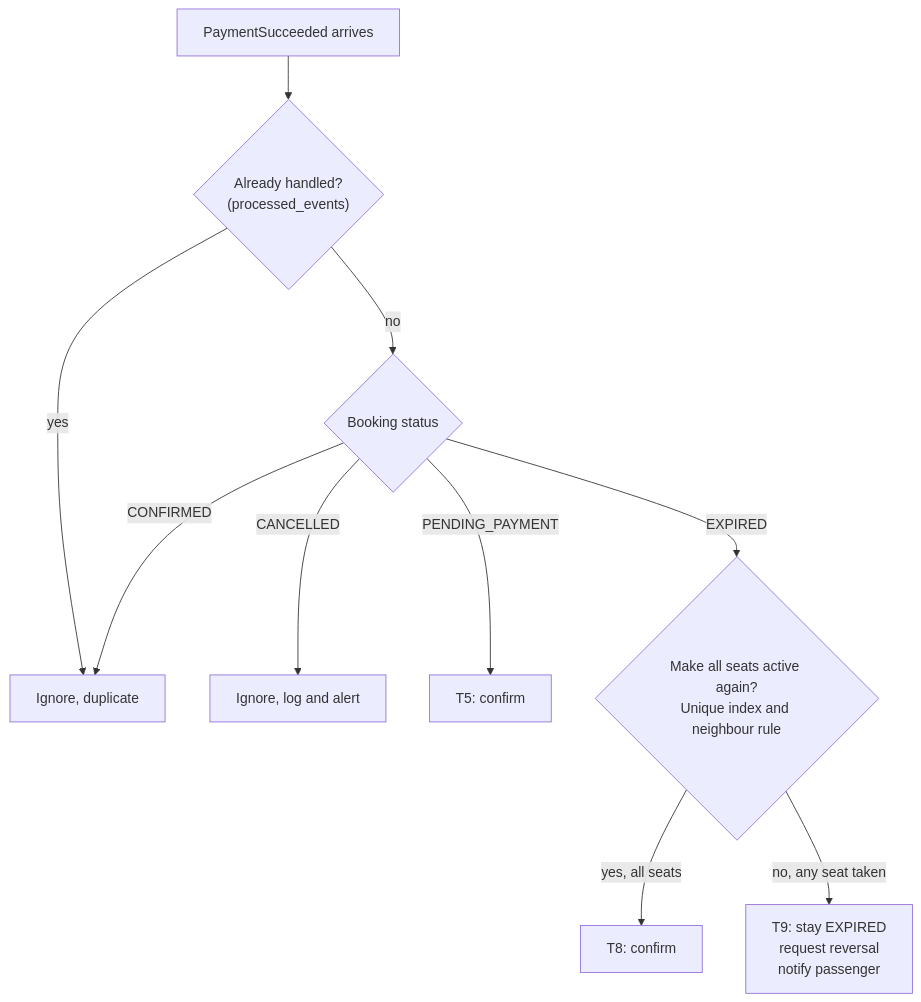
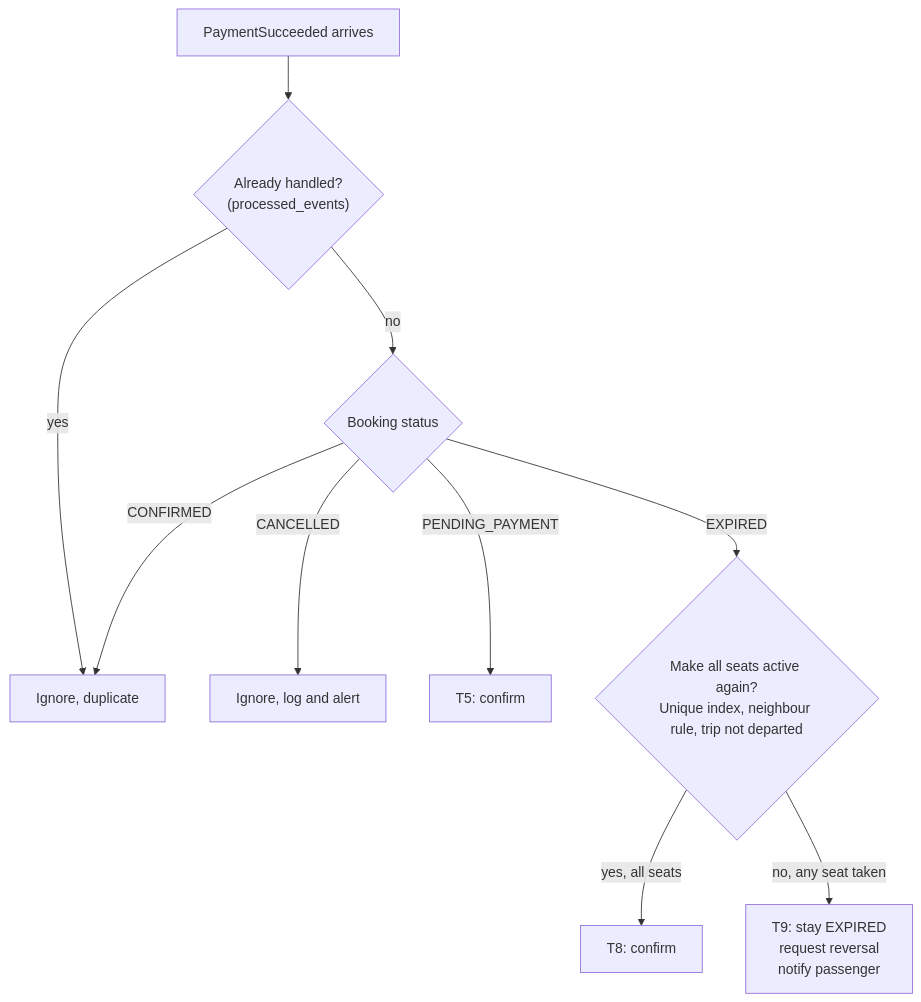
Before and after one commit to AlMahmud996/busmate-bd: the second of 2 diagrams in docs/diagrams/06-booking-state-diagram.md, drawn with Mermaid. The commit also changed other lines of this file and 6 other files, not shown here.

Commit message:
docs: apply approved decisions from diagrams 07 to 09, SRS v0.5

````diff
--- a/docs/diagrams/06-booking-state-diagram.md
+++ b/docs/diagrams/06-booking-state-diagram.md
@@ -79,12 +79,12 @@
 ```mermaid
 flowchart TD
     A["PaymentSucceeded arrives"] --> B{"Already handled?<br/>(processed_events)"}
     B -->|"yes"| Z["Ignore, duplicate"]
     B -->|"no"| C{"Booking status"}
     C -->|"CONFIRMED"| Z
     C -->|"CANCELLED"| Y["Ignore, log and alert"]
     C -->|"PENDING_PAYMENT"| D["T5: confirm"]
-    C -->|"EXPIRED"| E{"Make all seats active again?<br/>Unique index and neighbour rule"}
+    C -->|"EXPIRED"| E{"Make all seats active again?<br/>Unique index, neighbour rule, trip not departed"}
     E -->|"yes, all seats"| F["T8: confirm"]
     E -->|"no, any seat taken"| G["T9: stay EXPIRED<br/>request reversal<br/>notify passenger"]
 ```
````
